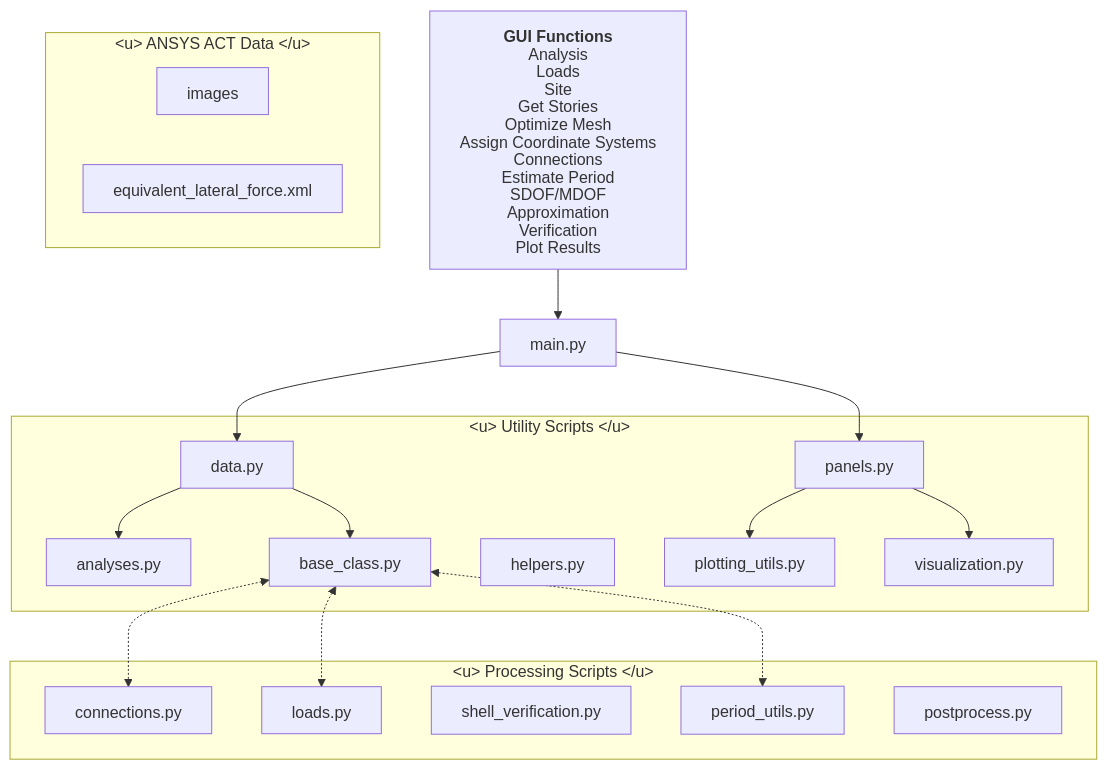
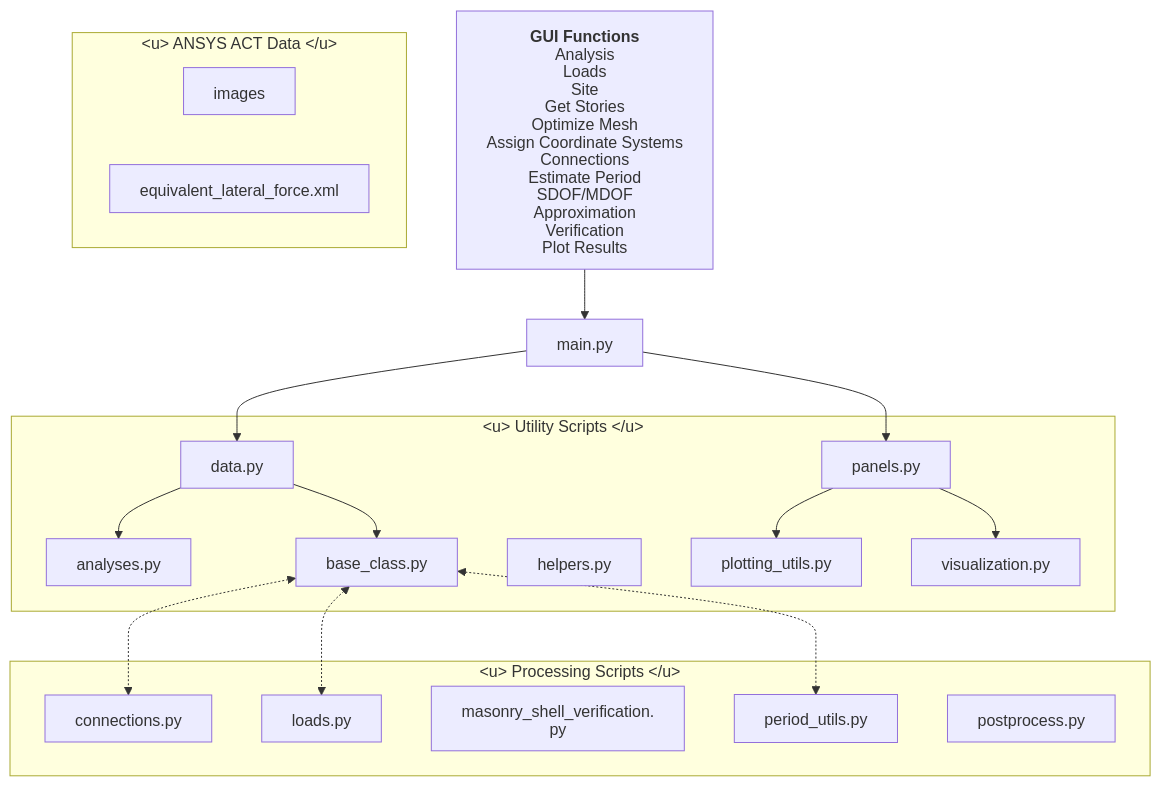
One commit to bartutuncay/struceng-doc changed the diagram in docs/ansys_workflow/extension.md. Above: the diagram before and after it, drawn with Mermaid. The commit also changed other lines of this file and 20 other files, not shown here.

````diff
--- a/docs/ansys_workflow/extension.md
+++ b/docs/ansys_workflow/extension.md
@@ -29,76 +29,76 @@
 ```mermaid
 ---
 config:
   htmlLabels: false
 ---
 flowchart TD
     GUI["`**GUI Functions**
             Analysis
             Loads
             Site
             Get Stories
             Optimize Mesh
             Assign Coordinate Systems
             Connections
             Estimate Period
             SDOF/MDOF Approximation
             Verification
             Plot Results`"]
     click GUI "#gui-functions"
 
     subgraph "<u>ANSYS ACT Data</u>"
         direction LR
         I[images]
         X[equivalent_lateral_force.xml]
     end
     click X "#equivalent_lateral_forcexml"
     click I "#images"
 
     subgraph "<u>Utility Scripts</u>"
         A[analyses.py]
         B[base_class.py]
         D[data.py]
         H[helpers.py]
         P[panels.py]
         PL[plotting_utils.py]
         V[visualization.py]
     end
     click A "#analysespy"
     click B "../../data_classes/dataclass"
     click D "#datapy"
     click H "#helperspy"
     click P "#panelspy"
     click PL "#plotting_utilspy"
     click V "../../tools/visualization"
 
     subgraph "<u>Processing Scripts</u>"
         C[connections.py]
         L[loads.py]
-        S[shell_verification.py]
+        S[masonry_shell_verification.py]
         PU[period_utils.py]
         PP[postprocess.py]
     end
     click C "../../tools/connections"
     click L "../../tools/loads"
     click S "../../tools/verification"
     click PU "#period_utilspy"
     click PP "#postprocesspy"
 
         M[main.py]
         click M "#mainpy"
 
         GUI-->M
 
         M-->D
         M-->P
 
         P-->V
         P-->PL
 
         D-->B
         D-->A
 
         B<-.->C
         B<-.->PU
         B<-.->L    
 ```
````
